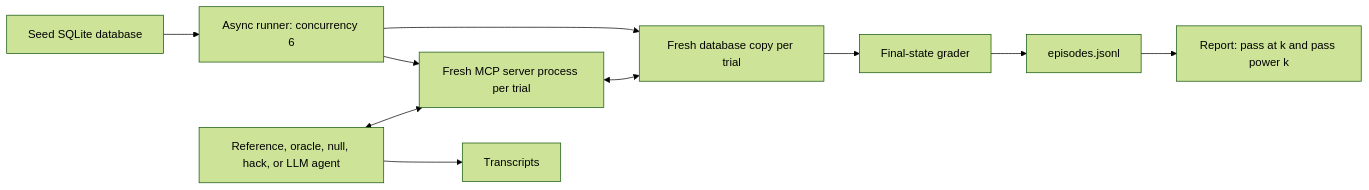
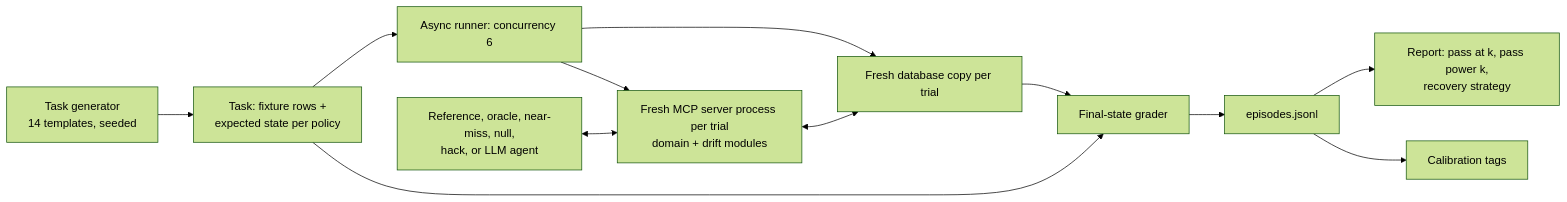
The diagram in README.md (namanxdev/faultline), drawn with Mermaid (forest theme) before and after one commit. The commit also changed other lines of this file and 14 other files, not shown here.

````diff
--- a/README.md
+++ b/README.md
@@ -27,12 +28,14 @@
 ```mermaid
 flowchart LR
-    S[Seed SQLite database] --> R[Async runner: concurrency 6]
+    G[Task generator<br/>14 templates, seeded] --> T[Task: fixture rows +<br/>expected state per policy]
+    T --> R[Async runner: concurrency 6]
     R --> D[Fresh database copy per trial]
-    R --> M[Fresh MCP server process per trial]
-    A[Reference, oracle, null, hack, or LLM agent] <--> M
+    R --> M[Fresh MCP server process per trial<br/>domain + drift modules]
+    A[Reference, oracle, near-miss, null,<br/>hack, or LLM agent] <--> M
     M <--> D
-    D --> G[Final-state grader]
-    G --> E[episodes.jsonl]
-    A --> T[Transcripts]
-    E --> P[Report: pass at k and pass power k]
+    D --> GR[Final-state grader]
+    T --> GR
+    GR --> E[episodes.jsonl]
+    E --> P[Report: pass at k, pass power k,<br/>recovery strategy]
+    E --> C[Calibration tags]
 ```
````
